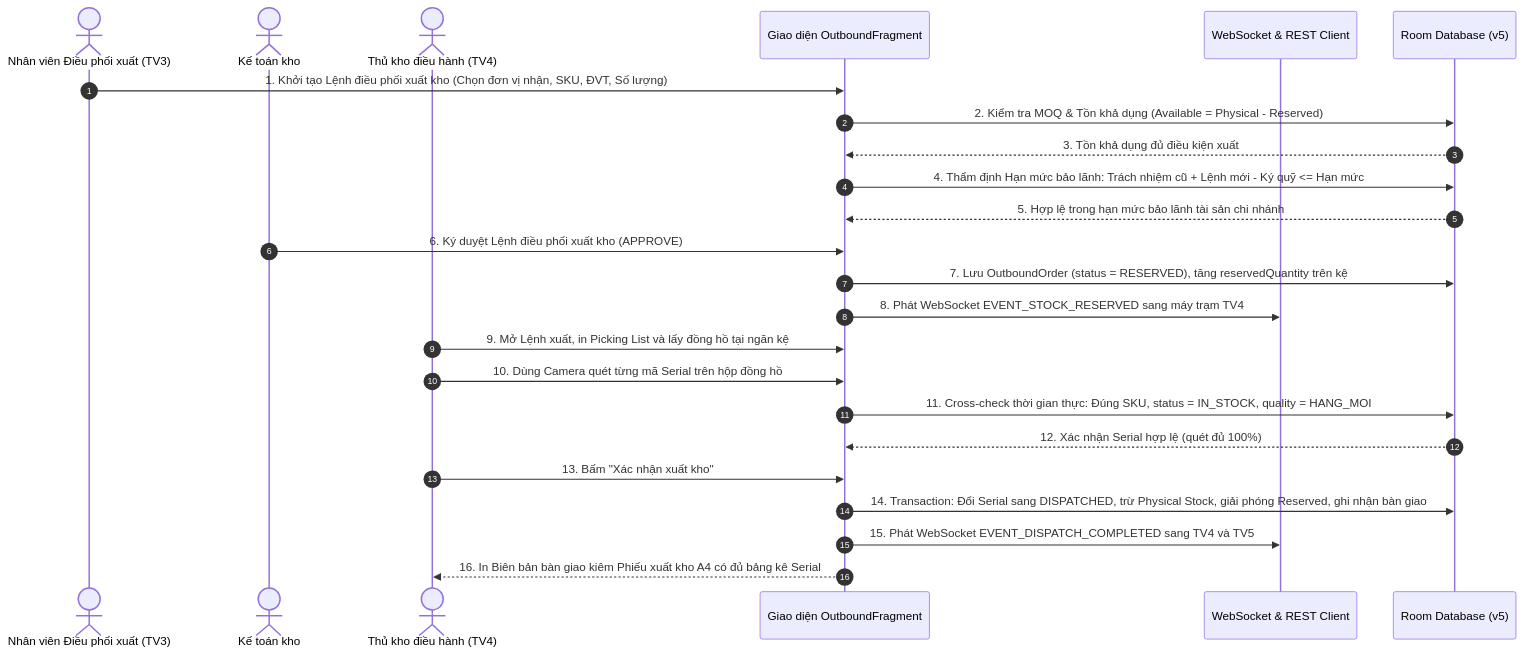
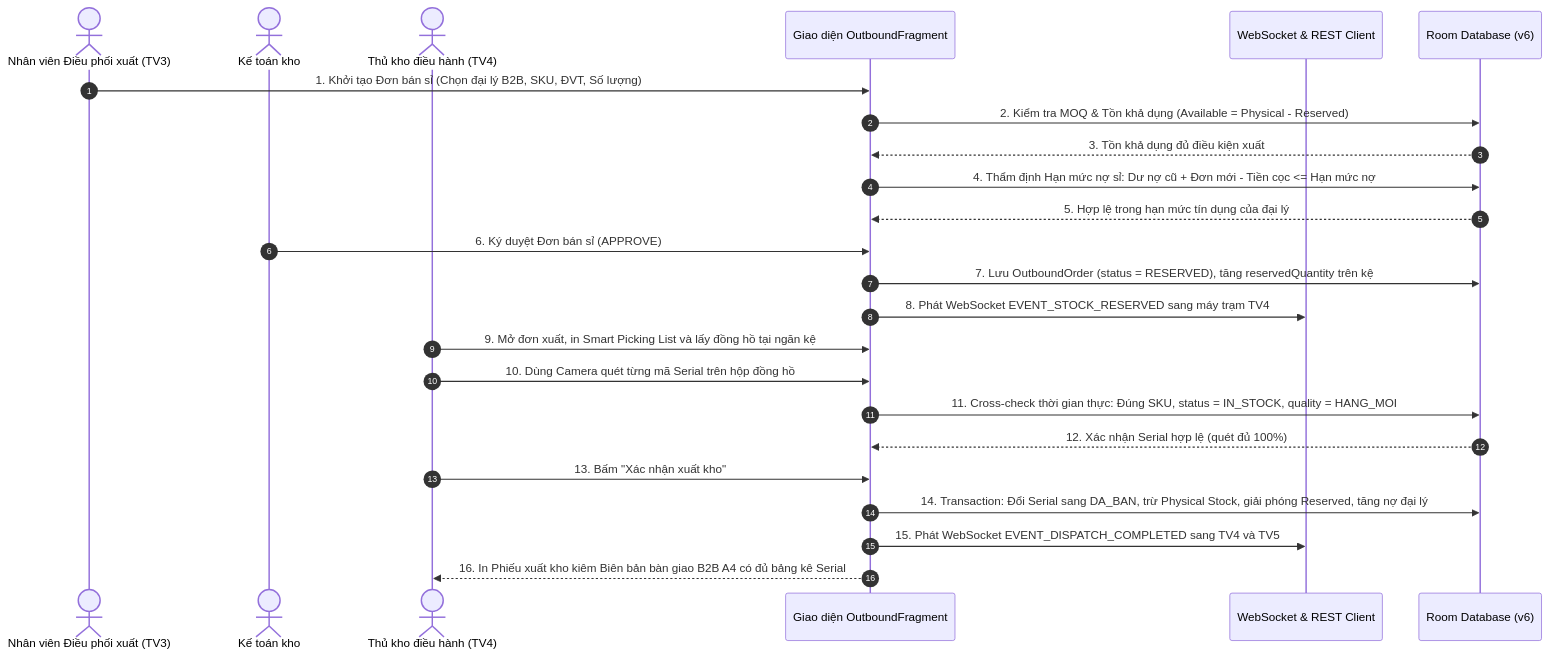
The diagram in Document/BAO_CAO_PHAN_CONG_VIEC_TO_DUC_THAO.md (binh2351220081-ctrl/LapTrinhMang_5AESiuNhan), drawn with Mermaid before and after one commit. The commit also changed other lines of this file and 56 other files, not shown here.

````diff
--- a/Document/BAO_CAO_PHAN_CONG_VIEC_TO_DUC_THAO.md
+++ b/Document/BAO_CAO_PHAN_CONG_VIEC_TO_DUC_THAO.md
@@ -171,27 +230,27 @@
 ```mermaid
 sequenceDiagram
     autonumber
     actor NV as Nhân viên Điều phối xuất (TV3)
     actor KT as Kế toán kho
     actor TK as Thủ kho điều hành (TV4)
     participant UI as Giao diện OutboundFragment
     participant Net as WebSocket & REST Client
-    participant DB as Room Database (v5)
+    participant DB as Room Database (v6)
 
-    NV->>UI: 1. Khởi tạo Lệnh điều phối xuất kho (Chọn đơn vị nhận, SKU, ĐVT, Số lượng)
+    NV->>UI: 1. Khởi tạo Đơn bán sỉ (Chọn đại lý B2B, SKU, ĐVT, Số lượng)
     UI->>DB: 2. Kiểm tra MOQ & Tồn khả dụng (Available = Physical - Reserved)
     DB-->>UI: 3. Tồn khả dụng đủ điều kiện xuất
-    UI->>DB: 4. Thẩm định Hạn mức bảo lãnh: Trách nhiệm cũ + Lệnh mới - Ký quỹ <= Hạn mức
-    DB-->>UI: 5. Hợp lệ trong hạn mức bảo lãnh tài sản chi nhánh
-    KT->>UI: 6. Ký duyệt Lệnh điều phối xuất kho (APPROVE)
+    UI->>DB: 4. Thẩm định Hạn mức nợ sỉ: Dư nợ cũ + Đơn mới - Tiền cọc <= Hạn mức nợ
+    DB-->>UI: 5. Hợp lệ trong hạn mức tín dụng của đại lý
+    KT->>UI: 6. Ký duyệt Đơn bán sỉ (APPROVE)
     UI->>DB: 7. Lưu OutboundOrder (status = RESERVED), tăng reservedQuantity trên kệ
     UI->>Net: 8. Phát WebSocket EVENT_STOCK_RESERVED sang máy trạm TV4
-    TK->>UI: 9. Mở Lệnh xuất, in Picking List và lấy đồng hồ tại ngăn kệ
+    TK->>UI: 9. Mở đơn xuất, in Smart Picking List và lấy đồng hồ tại ngăn kệ
     TK->>UI: 10. Dùng Camera quét từng mã Serial trên hộp đồng hồ
     UI->>DB: 11. Cross-check thời gian thực: Đúng SKU, status = IN_STOCK, quality = HANG_MOI
     DB-->>UI: 12. Xác nhận Serial hợp lệ (quét đủ 100%)
     TK->>UI: 13. Bấm "Xác nhận xuất kho"
-    UI->>DB: 14. Transaction: Đổi Serial sang DISPATCHED, trừ Physical Stock, giải phóng Reserved, ghi nhận bàn giao
+    UI->>DB: 14. Transaction: Đổi Serial sang DA_BAN, trừ Physical Stock, giải phóng Reserved, tăng nợ đại lý
     UI->>Net: 15. Phát WebSocket EVENT_DISPATCH_COMPLETED sang TV4 và TV5
-    UI-->>TK: 16. In Biên bản bàn giao kiêm Phiếu xuất kho A4 có đủ bảng kê Serial
+    UI-->>TK: 16. In Phiếu xuất kho kiêm Biên bản bàn giao B2B A4 có đủ bảng kê Serial
 ```
````
